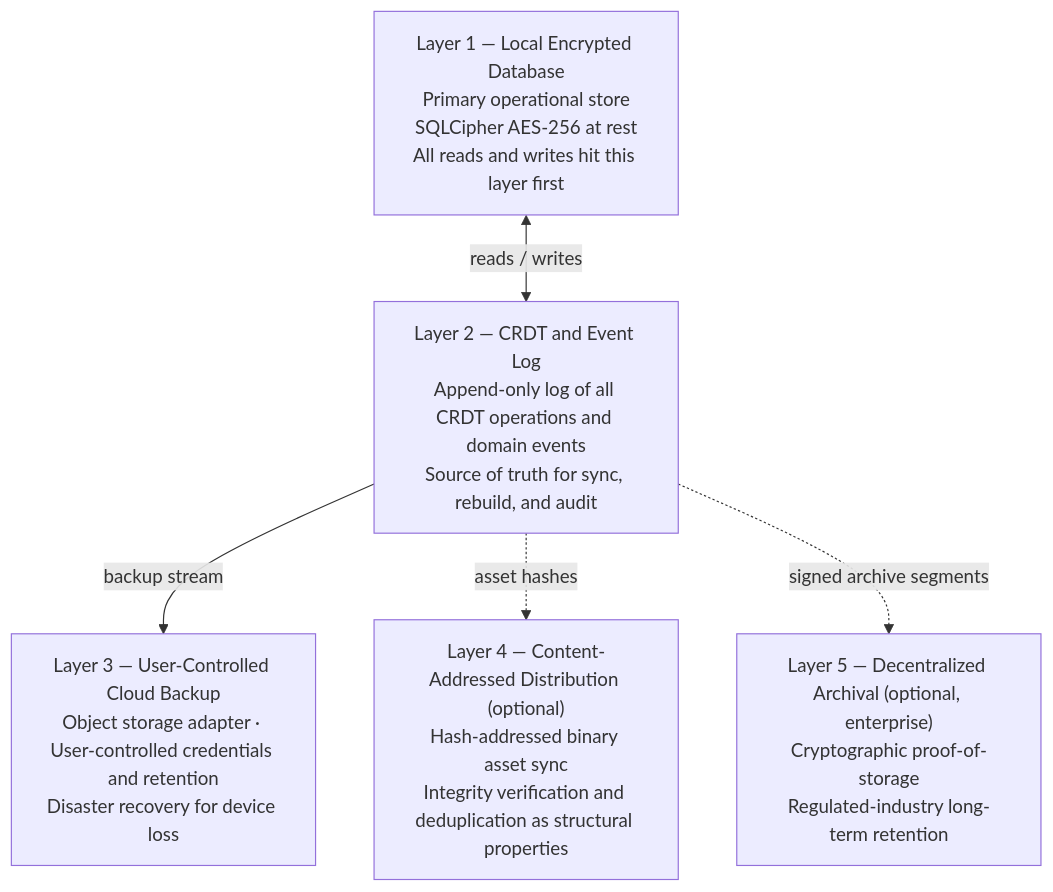
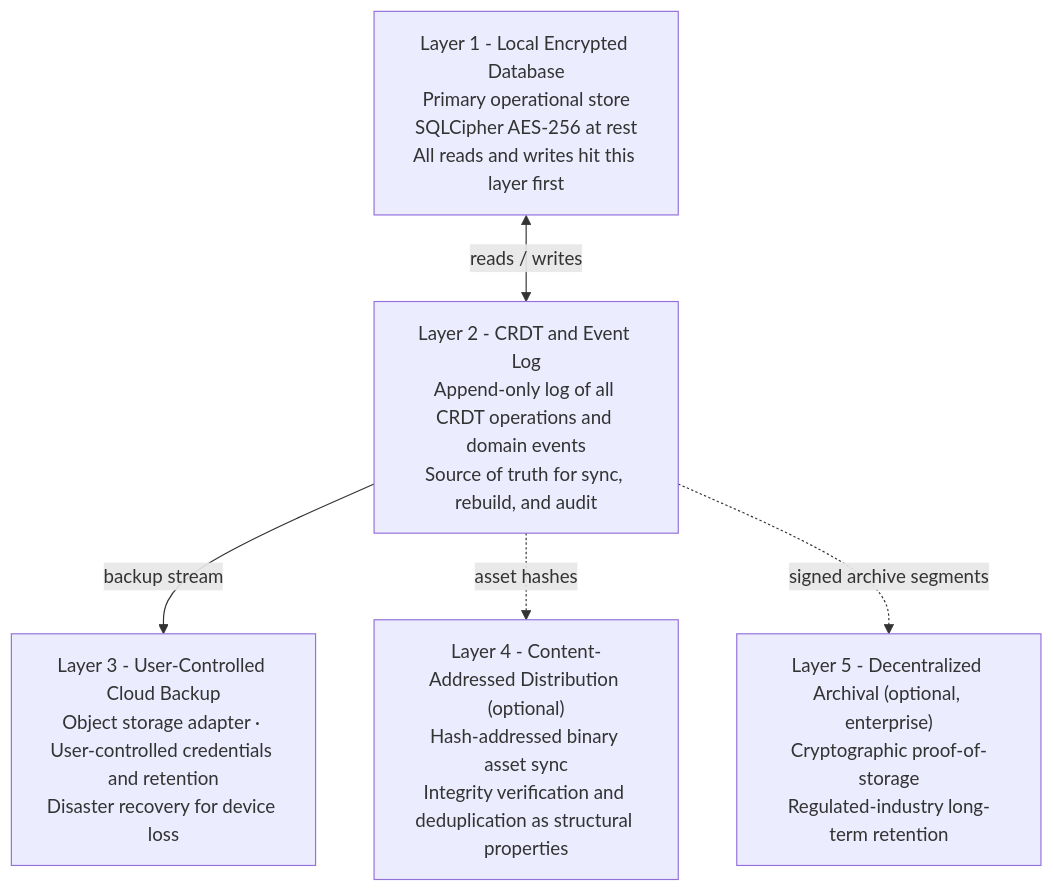
Before and after one commit to Harborline-Software/the-inverted-stack: the second of 2 diagrams in vol-1/part-3-reference-architecture/ch12-crdt-engine-data-layer.md, drawn with Mermaid. The commit also changed other lines of this file and 376 other files, not shown here.

````diff
--- a/vol-1/part-3-reference-architecture/ch12-crdt-engine-data-layer.md
+++ b/vol-1/part-3-reference-architecture/ch12-crdt-engine-data-layer.md
@@ -216,12 +216,12 @@
 ```mermaid
 flowchart TB
-    L1["Layer 1 — Local Encrypted Database<br/>Primary operational store<br/>SQLCipher AES-256 at rest<br/>All reads and writes hit this layer first"]
-    L2["Layer 2 — CRDT and Event Log<br/>Append-only log of all CRDT operations and domain events<br/>Source of truth for sync, rebuild, and audit"]
-    L3["Layer 3 — User-Controlled Cloud Backup<br/>Object storage adapter · User-controlled credentials and retention<br/>Disaster recovery for device loss"]
-    L4["Layer 4 — Content-Addressed Distribution (optional)<br/>Hash-addressed binary asset sync<br/>Integrity verification and deduplication as structural properties"]
-    L5["Layer 5 — Decentralized Archival (optional, enterprise)<br/>Cryptographic proof-of-storage<br/>Regulated-industry long-term retention"]
+    L1["Layer 1 - Local Encrypted Database<br/>Primary operational store<br/>SQLCipher AES-256 at rest<br/>All reads and writes hit this layer first"]
+    L2["Layer 2 - CRDT and Event Log<br/>Append-only log of all CRDT operations and domain events<br/>Source of truth for sync, rebuild, and audit"]
+    L3["Layer 3 - User-Controlled Cloud Backup<br/>Object storage adapter · User-controlled credentials and retention<br/>Disaster recovery for device loss"]
+    L4["Layer 4 - Content-Addressed Distribution (optional)<br/>Hash-addressed binary asset sync<br/>Integrity verification and deduplication as structural properties"]
+    L5["Layer 5 - Decentralized Archival (optional, enterprise)<br/>Cryptographic proof-of-storage<br/>Regulated-industry long-term retention"]
     L1 <-->|"reads / writes"| L2
     L2 -->|"backup stream"| L3
     L2 -.->|"asset hashes"| L4
     L2 -.->|"signed archive segments"| L5
 ```
````
